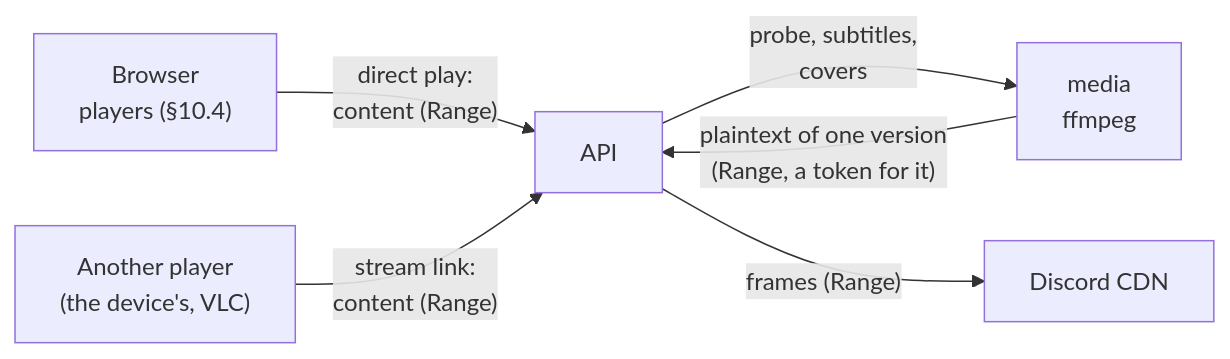
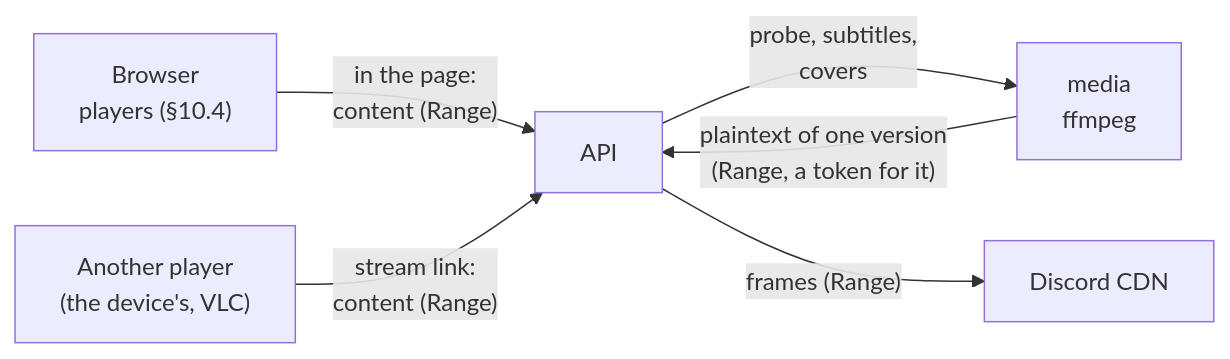
The ninth of 11 diagrams in docs/DESIGN.md (AlexB8675/DFS), drawn with Mermaid before and after one commit. The commit also changed other lines of this file, not shown here.

````diff
--- a/docs/DESIGN.md
+++ b/docs/DESIGN.md
@@ -583,8 +583,8 @@
 ```mermaid
 flowchart LR
-    B["Browser<br/>players (§10.4)"] -- "direct play:<br/>content (Range)" --> A["API"]
+    B["Browser<br/>players (§10.4)"] -- "in the page:<br/>content (Range)" --> A["API"]
     V["Another player<br/>(the device's, VLC)"] -- "stream link:<br/>content (Range)" --> A
     A -- "probe, subtitles,<br/>covers" --> M["media<br/>ffmpeg"]
     M -- "plaintext of one version<br/>(Range, a token for it)" --> A
     A -- "frames (Range)" --> CDN["Discord CDN"]
 ```
````
